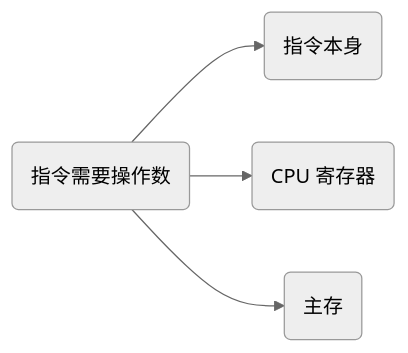
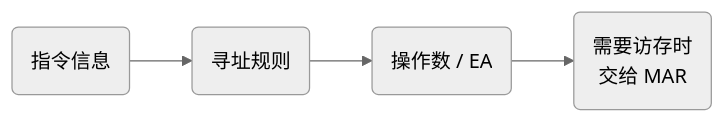
One commit to 74262195/system-architect-notes changed the diagram in 01_综合知识/01_计算机基础知识/01_计算机组成与体系结构/指令寻址方式.md. Above: the diagram before and after it, drawn with Mermaid (neutral theme). The commit also changed other lines of this file, not shown here.

````diff
--- a/01_综合知识/01_计算机基础知识/01_计算机组成与体系结构/指令寻址方式.md
+++ b/01_综合知识/01_计算机基础知识/01_计算机组成与体系结构/指令寻址方式.md
@@ -41,6 +48,6 @@
-```mermaid
+~~~mermaid
 flowchart LR
-    A("指令需要操作数") --> B("指令本身")
-    A --> C("CPU 寄存器")
-    A --> D("主存")
-```
+    I("指令信息") --> R("寻址规则")
+    R --> E("操作数 / EA")
+    E --> M("需要访存时<br/>交给 MAR")
+~~~
````
